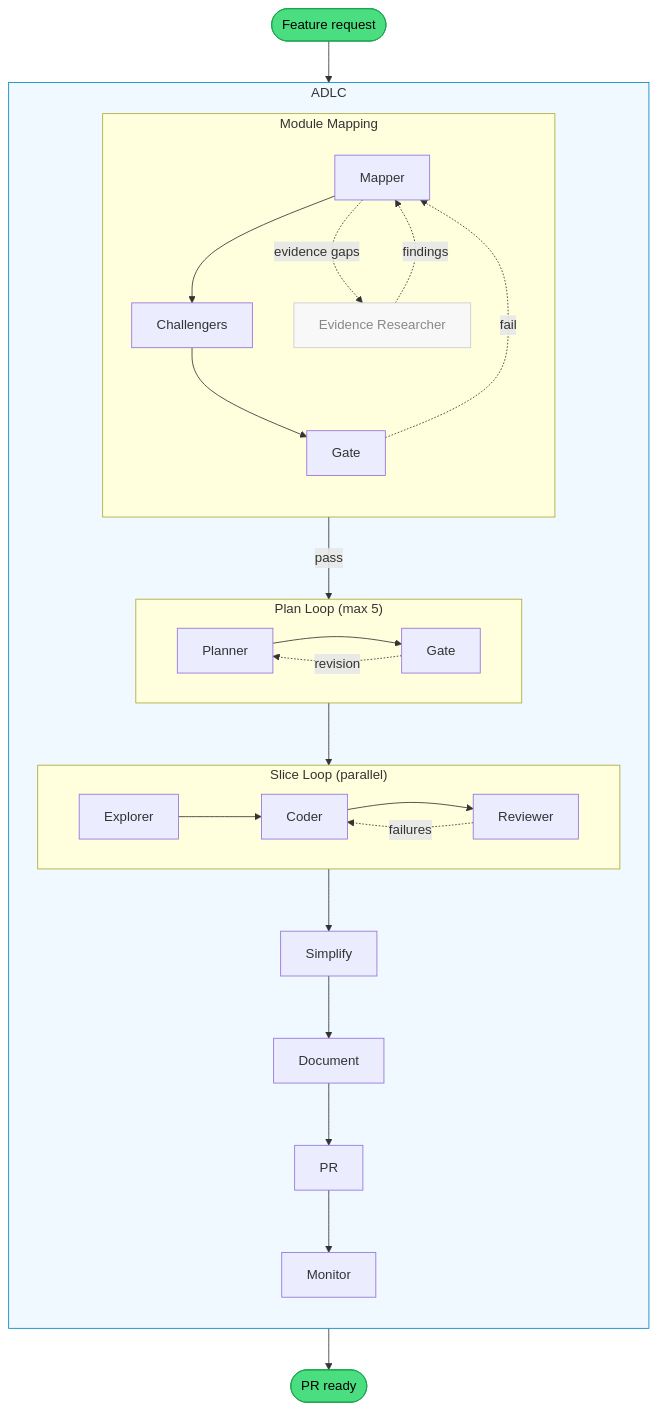
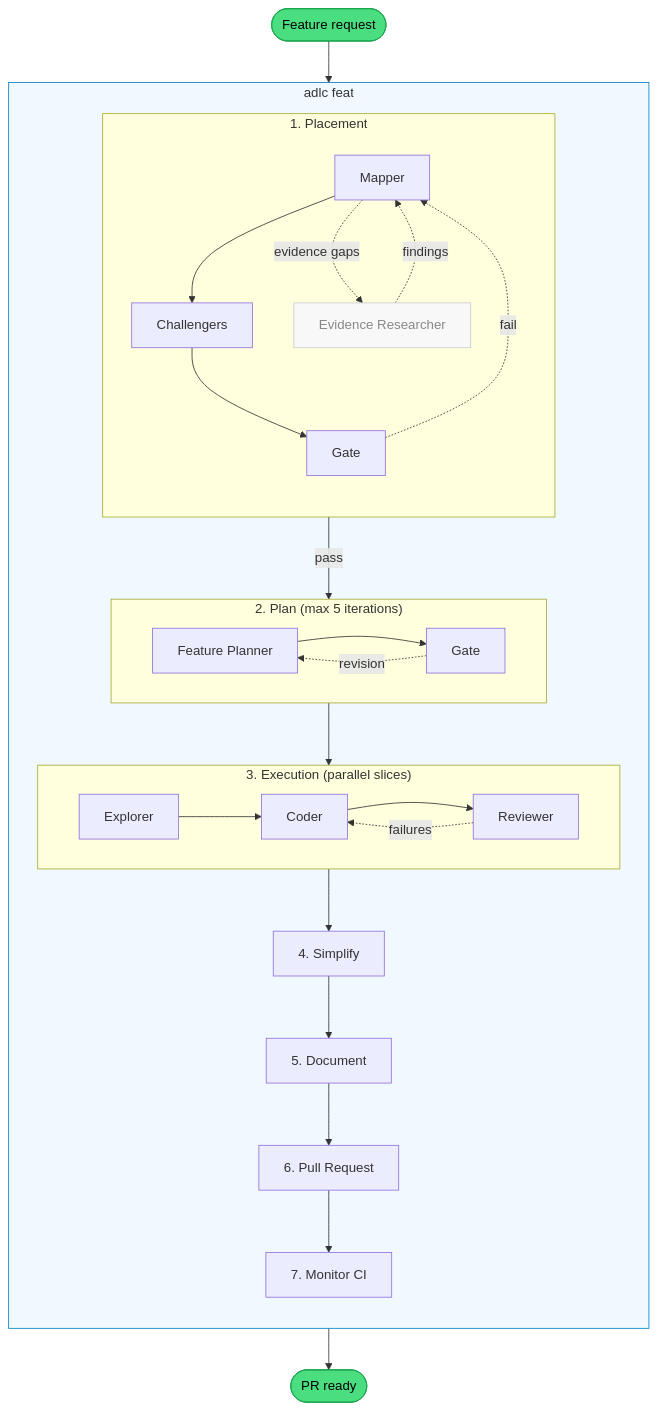
One commit to patricklafrance/plantz-claude-v3 changed the first of 2 diagrams in README.md. Above: the diagram before and after it, drawn with Mermaid. The commit also changed other lines of this file and 20 other files, not shown here.

````diff
--- a/README.md
+++ b/README.md
@@ -19,40 +25,40 @@
 ```mermaid
 flowchart TD
     Start([Feature request]) --> Mapper
 
-    subgraph Coord["ADLC"]
+    subgraph Coord["adlc feat"]
         direction TB
 
-        subgraph ModuleMap["Module Mapping"]
+        subgraph ModuleMap["1. Placement"]
             direction TB
             Mapper --> Challengers --> Gate
             Mapper -. "evidence gaps" .-> Evidence["Evidence Researcher"] -. findings .-> Mapper
             Gate -. "fail" .-> Mapper
         end
 
         Gate -- "pass" --> PlanLoop
 
-        subgraph PlanLoop["Plan Loop (max 5)"]
+        subgraph PlanLoop["2. Plan (max 5 iterations)"]
             direction LR
-            Planner --> PlanGate["Gate"]
+            Planner["Feature Planner"] --> PlanGate["Gate"]
             PlanGate -. "revision" .-> Planner
         end
 
         PlanLoop --> SliceLoop
 
-        subgraph SliceLoop["Slice Loop (parallel)"]
+        subgraph SliceLoop["3. Execution (parallel slices)"]
             direction LR
             Explorer --> Coder --> Reviewer
             Reviewer -. "failures" .-> Coder
         end
 
-        SliceLoop --> Simplify --> Document --> PR --> Monitor
+        SliceLoop --> Simplify["4. Simplify"] --> Document["5. Document"] --> PR["6. Pull Request"] --> Monitor["7. Monitor CI"]
     end
 
     Monitor --> Done([PR ready])
 
     style Start fill:#4ade80,stroke:#16a34a,color:#000
     style Done fill:#4ade80,stroke:#16a34a,color:#000
     style Coord fill:#f0f9ff,stroke:#0284c7
     style Evidence fill:#f8f8f8,stroke:#ccc,color:#888
 ```
````
